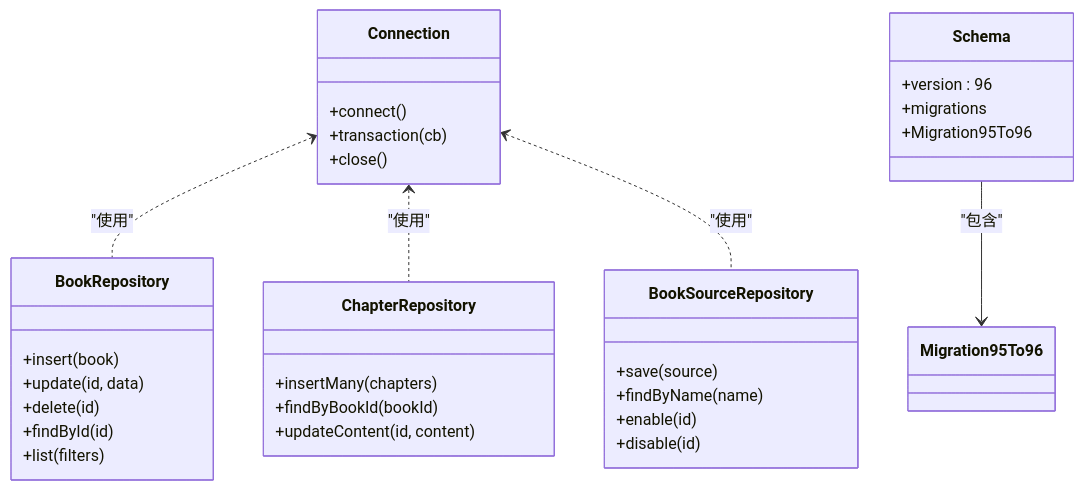
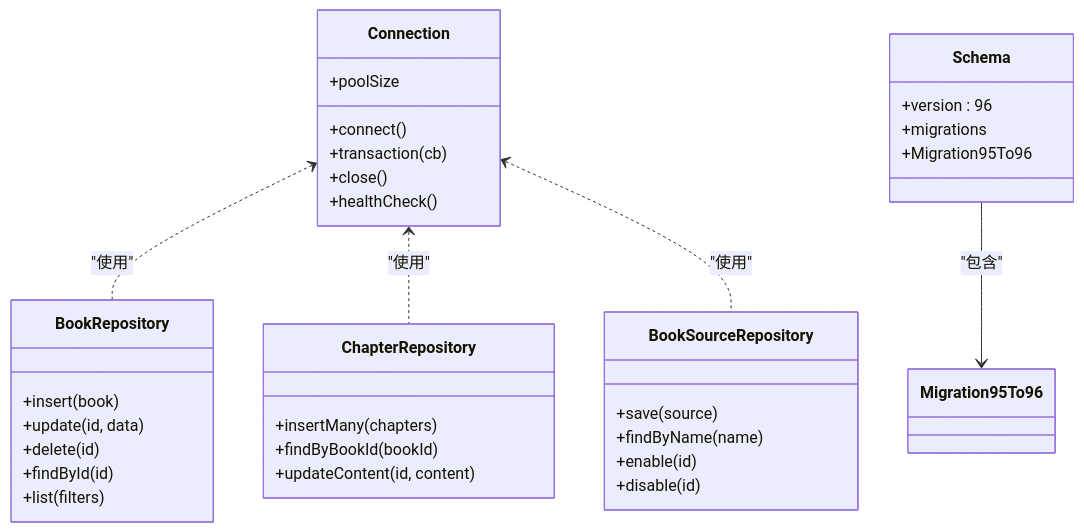
Before and after one commit to ZhangGHGitHub/LegadoTeamFlutter: diagram 13 of 23 in .qoder/repowiki/zh/content/Rust核心库/Rust核心库.md, drawn with Mermaid. The commit also changed other lines of this file and 173 other files, not shown here.

````diff
--- a/.qoder/repowiki/zh/content/Rust核心库/Rust核心库.md
+++ b/.qoder/repowiki/zh/content/Rust核心库/Rust核心库.md
@@ -287,35 +531,37 @@
 ```mermaid
 classDiagram
 class Connection {
 +connect()
 +transaction(cb)
 +close()
++healthCheck()
++poolSize
 }
 class Schema {
 +version : 96
 +migrations
 +Migration95To96
 }
 class BookRepository {
 +insert(book)
 +update(id, data)
 +delete(id)
 +findById(id)
 +list(filters)
 }
 class ChapterRepository {
 +insertMany(chapters)
 +findByBookId(bookId)
 +updateContent(id, content)
 }
 class BookSourceRepository {
 +save(source)
 +findByName(name)
 +enable(id)
 +disable(id)
 }
 Connection <.. BookRepository : "使用"
 Connection <.. ChapterRepository : "使用"
 Connection <.. BookSourceRepository : "使用"
 Schema --> Migration95To96 : "包含"
 ```
````
